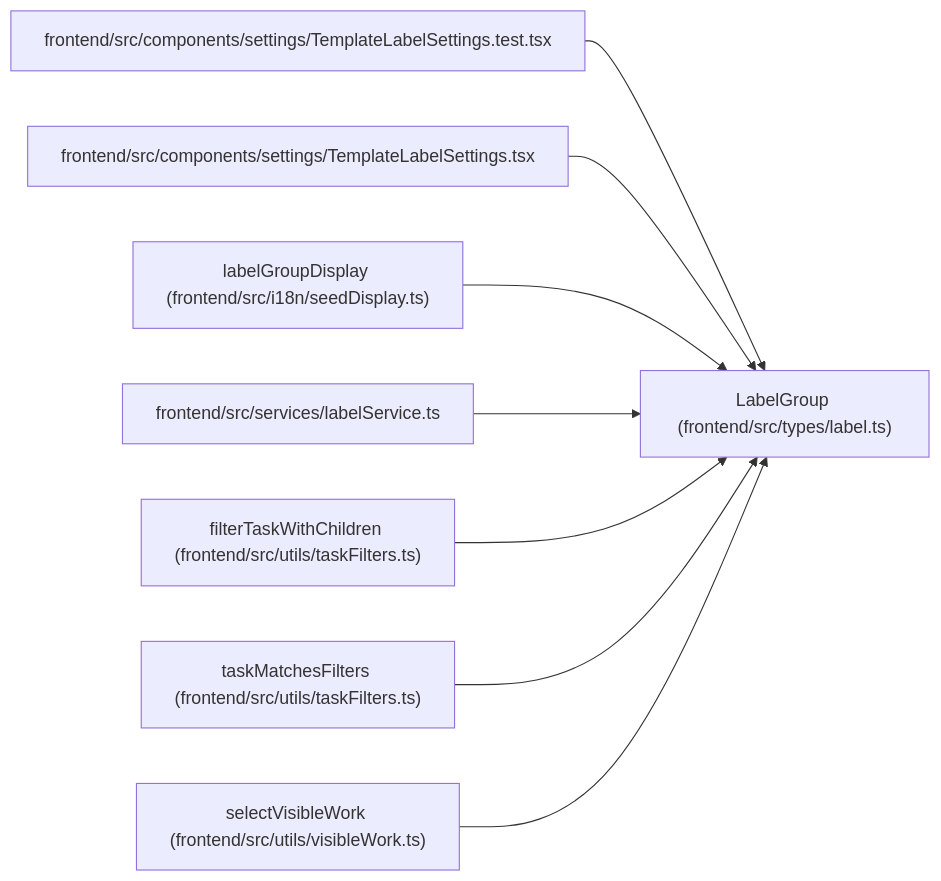
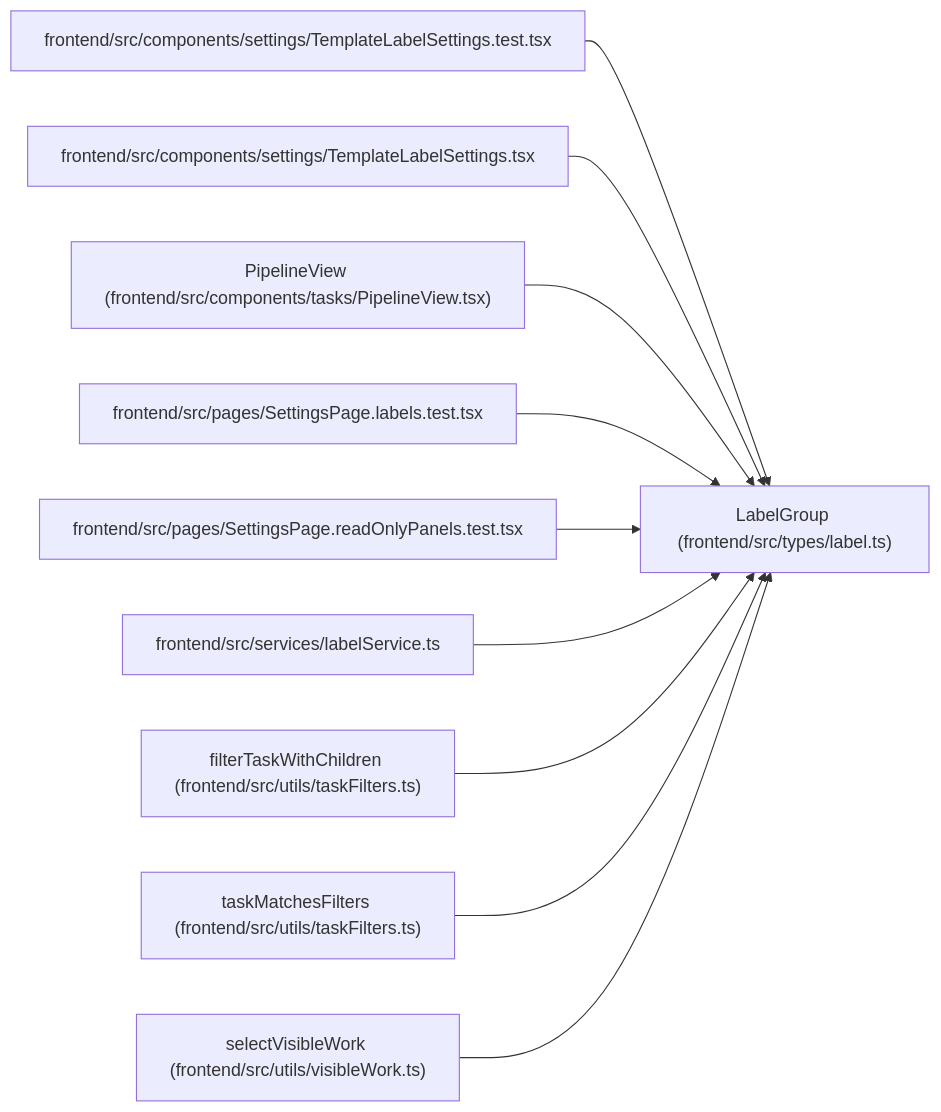
One commit to Denissvgn/WorkChord changed the diagram in docs/llm_wiki/entities/types_label_LabelGroup.md. Above: the diagram before and after it, drawn with Mermaid. The commit also changed other lines of this file and 2373 other files, not shown here.

````diff
--- a/docs/llm_wiki/entities/types_label_LabelGroup.md
+++ b/docs/llm_wiki/entities/types_label_LabelGroup.md
@@ -35,26 +35,32 @@
 ```mermaid
 flowchart LR
     n0["LabelGroup (frontend/src/types/label.ts)"]
     n1["frontend/src/components/settings/TemplateLabelSettings.test.tsx"]
     n2["frontend/src/components/settings/TemplateLabelSettings.tsx"]
-    n3["labelGroupDisplay (frontend/src/i18n/seedDisplay.ts)"]
-    n4["frontend/src/services/labelService.ts"]
-    n5["filterTaskWithChildren (frontend/src/utils/taskFilters.ts)"]
-    n6["taskMatchesFilters (frontend/src/utils/taskFilters.ts)"]
-    n7["selectVisibleWork (frontend/src/utils/visibleWork.ts)"]
+    n3["PipelineView (frontend/src/components/tasks/PipelineView.tsx)"]
+    n4["frontend/src/pages/SettingsPage.labels.test.tsx"]
+    n5["frontend/src/pages/SettingsPage.readOnlyPanels.test.tsx"]
+    n6["frontend/src/services/labelService.ts"]
+    n7["filterTaskWithChildren (frontend/src/utils/taskFilters.ts)"]
+    n8["taskMatchesFilters (frontend/src/utils/taskFilters.ts)"]
+    n9["selectVisibleWork (frontend/src/utils/visibleWork.ts)"]
     n1 --> n0
     n2 --> n0
     n3 --> n0
     n4 --> n0
     n5 --> n0
     n6 --> n0
     n7 --> n0
+    n8 --> n0
+    n9 --> n0
     click n0 "../modules/types_label.md"
     click n1 "../modules/TemplateLabelSettings.test.md"
     click n2 "../modules/TemplateLabelSettings.md"
-    click n3 "../modules/seedDisplay.md"
-    click n4 "../modules/labelService.md"
-    click n5 "../modules/taskFilters.md"
-    click n6 "../modules/taskFilters.md"
-    click n7 "../modules/visibleWork.md"
+    click n3 "../modules/PipelineView.md"
+    click n4 "../modules/SettingsPage.labels.test.md"
+    click n5 "../modules/SettingsPage.readOnlyPanels.test.md"
+    click n6 "../modules/labelService.md"
+    click n7 "../modules/taskFilters.md"
+    click n8 "../modules/taskFilters.md"
+    click n9 "../modules/visibleWork.md"
 ```
````
